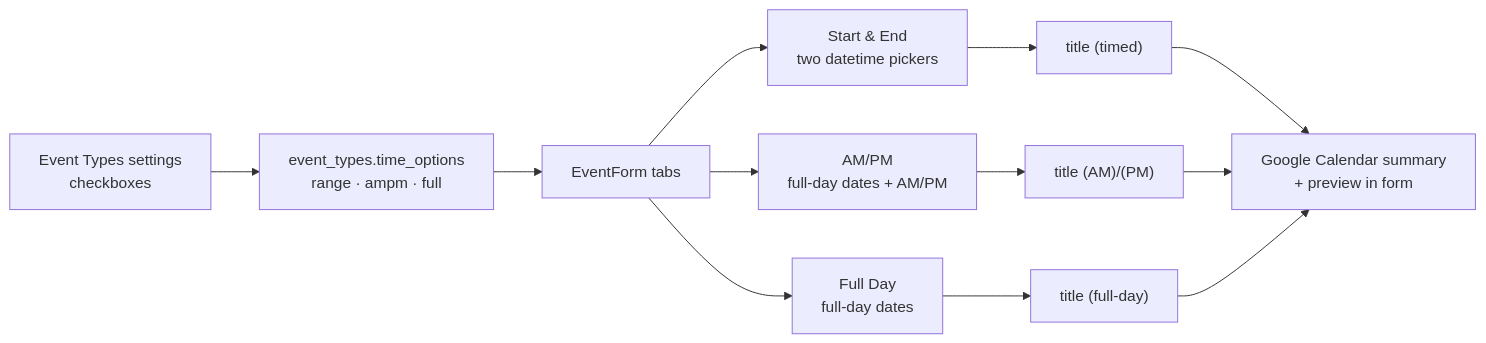
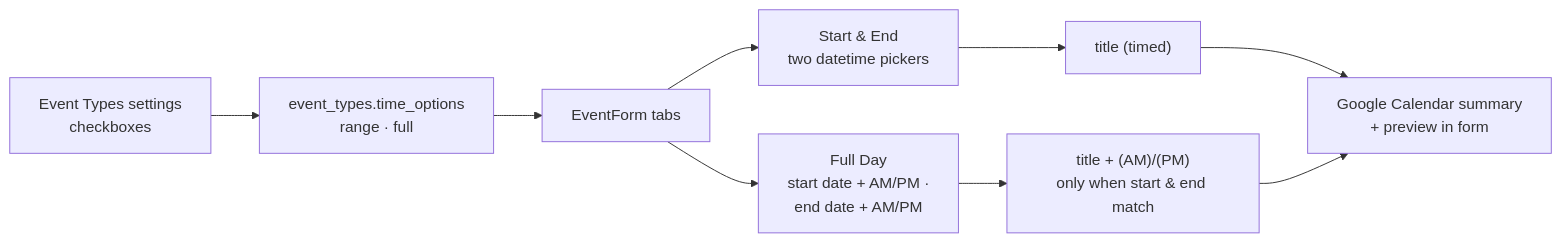
Diagram 11 of 11 in progress.md (oncloudnintynineone-source/cloudy2), drawn with Mermaid before and after one commit. The commit also changed other lines of this file and 30 other files, not shown here.

````diff
--- a/progress.md
+++ b/progress.md
@@ -1039,14 +1039,11 @@
 ```mermaid
 flowchart LR
-    A[Event Types settings<br/>checkboxes] --> B[event_types.time_options<br/>range · ampm · full]
+    A[Event Types settings<br/>checkboxes] --> B[event_types.time_options<br/>range · full]
     B --> C[EventForm tabs]
     C --> D["Start &amp; End<br/>two datetime pickers"]
-    C --> E["AM/PM<br/>full-day dates + AM/PM"]
-    C --> F["Full Day<br/>full-day dates"]
-    E --> G["title (AM)/(PM)"]
+    C --> E["Full Day<br/>start date + AM/PM ·<br/>end date + AM/PM"]
     D --> H["title (timed)"]
-    F --> I["title (full-day)"]
+    E --> G["title + (AM)/(PM)<br/>only when start & end match"]
     H --> J["Google Calendar summary<br/>+ preview in form"]
     G --> J
-    I --> J
 ```
````
